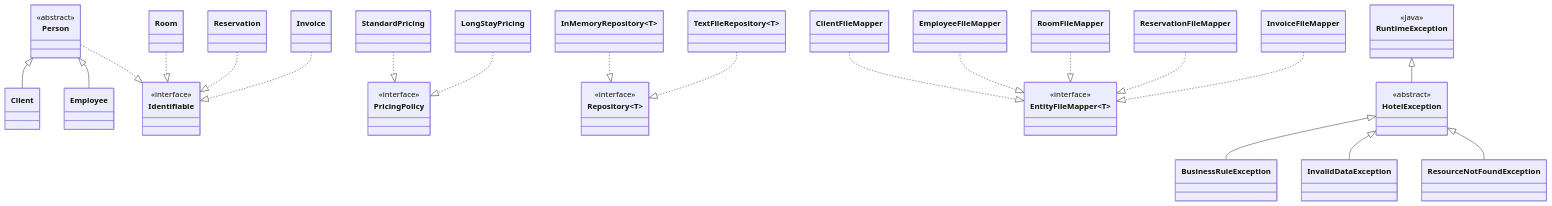
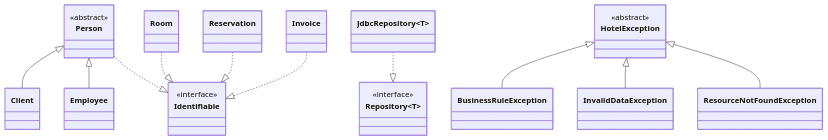
The diagram in docs/hierarchy-diagram.md (Aureum0211/HotelReservas), drawn with Mermaid before and after one commit. The commit also changed other lines of this file and 64 other files, not shown here.

````diff
--- a/docs/hierarchy-diagram.md
+++ b/docs/hierarchy-diagram.md
@@ -5,76 +3,30 @@
 ```mermaid
 classDiagram
     direction TB
-
-    %% Jerarquia de personas
-    class Person {
-        <<abstract>>
-    }
+    class Identifiable { <<interface>> }
+    class Person { <<abstract>> }
     class Client
     class Employee
-
     Person <|-- Client
     Person <|-- Employee
+    Person ..|> Identifiable
 
-    %% Contrato de identificacion
-    class Identifiable {
-        <<interface>>
-    }
-
-    Person ..|> Identifiable
+    class Room
+    class Reservation
+    class Invoice
     Room ..|> Identifiable
     Reservation ..|> Identifiable
     Invoice ..|> Identifiable
 
-    %% Politicas de precios
-    class PricingPolicy {
-        <<interface>>
-    }
-    class StandardPricing
-    class LongStayPricing
+    class Repository~T~ { <<interface>> }
+    class JdbcRepository~T~
+    JdbcRepository ..|> Repository
 
-    StandardPricing ..|> PricingPolicy
-    LongStayPricing ..|> PricingPolicy
-
-    %% Contrato generico de persistencia e implementaciones
-    class Repository~T~ {
-        <<interface>>
-    }
-    class InMemoryRepository~T~
-    class TextFileRepository~T~
-
-    InMemoryRepository ..|> Repository
-    TextFileRepository ..|> Repository
-
-    %% Contrato para convertir entidades a texto y viceversa
-    class EntityFileMapper~T~ {
-        <<interface>>
-    }
-    class ClientFileMapper
-    class EmployeeFileMapper
-    class RoomFileMapper
-    class ReservationFileMapper
-    class InvoiceFileMapper
-
-    ClientFileMapper ..|> EntityFileMapper
-    EmployeeFileMapper ..|> EntityFileMapper
-    RoomFileMapper ..|> EntityFileMapper
-    ReservationFileMapper ..|> EntityFileMapper
-    InvoiceFileMapper ..|> EntityFileMapper
-
-    %% Jerarquia de excepciones
-    class RuntimeException {
-        <<Java>>
-    }
-    class HotelException {
-        <<abstract>>
-    }
+    class HotelException { <<abstract>> }
     class BusinessRuleException
     class InvalidDataException
     class ResourceNotFoundException
-
-    RuntimeException <|-- HotelException
     HotelException <|-- BusinessRuleException
     HotelException <|-- InvalidDataException
     HotelException <|-- ResourceNotFoundException
 ```
````
